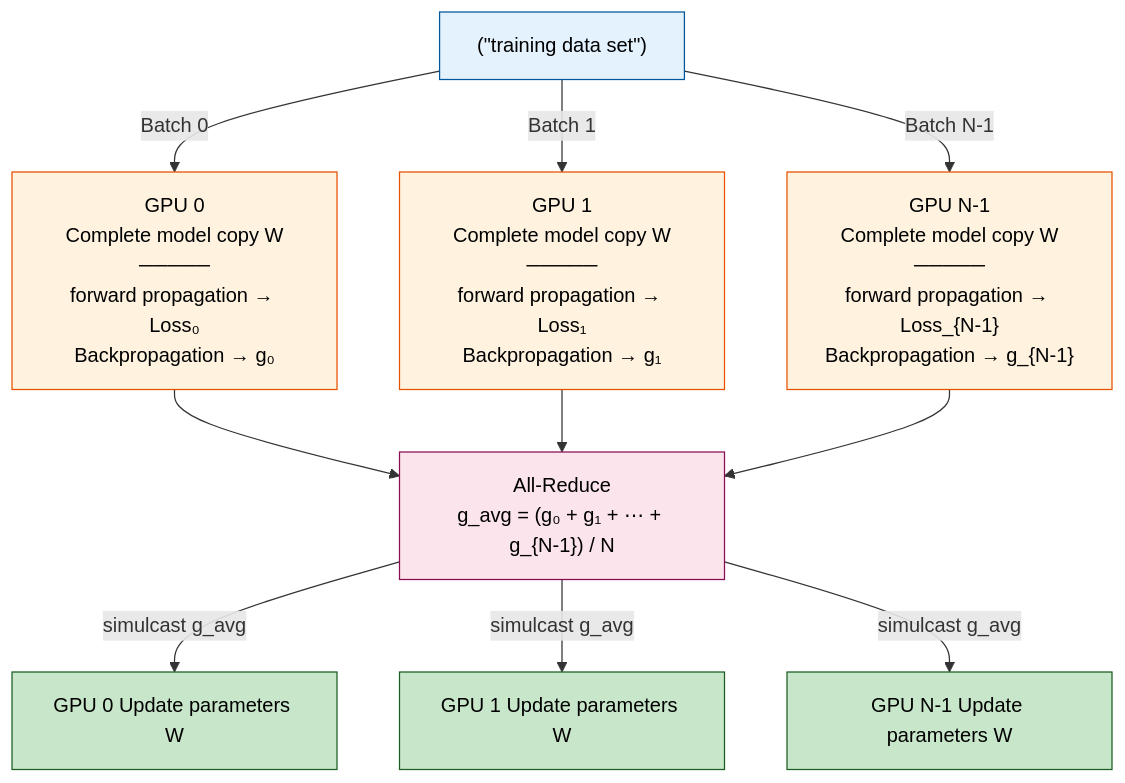
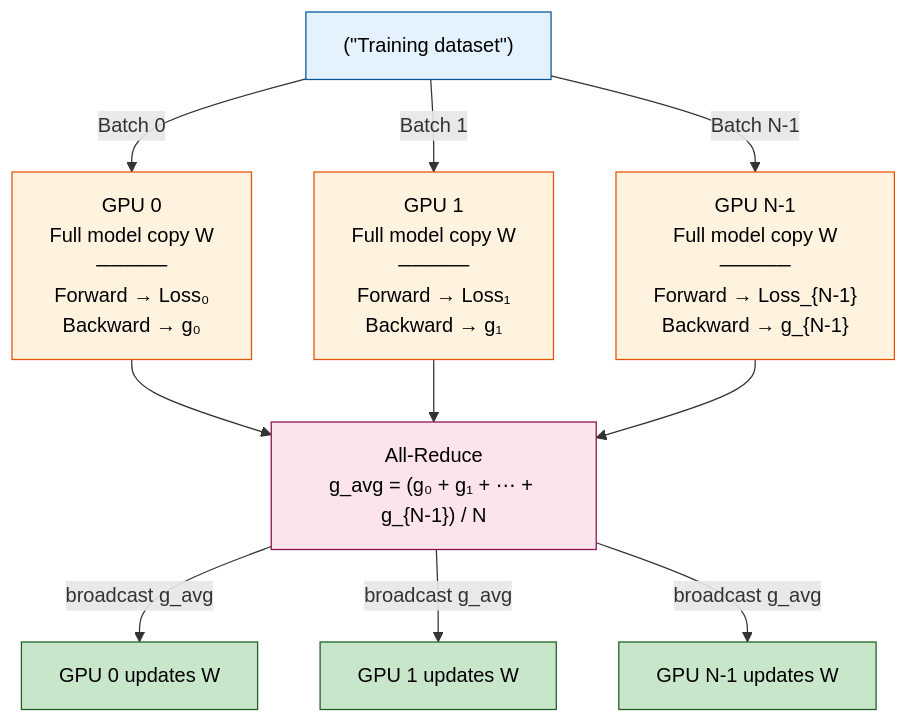
Before and after one commit to TingdeLiu/tingdeliu.github.io: the eighth of 29 diagrams in _translations/en/research/LLM-Training-Survey.md, drawn with Mermaid. The commit also changed other lines of this file and 2 other files, not shown here.

First line of the commit message:
docs(llm-survey): polish English edition and add evolution timeline

````diff
--- a/_translations/en/research/LLM-Training-Survey.md
+++ b/_translations/en/research/LLM-Training-Survey.md
@@ -2353,25 +2371,25 @@
 ```mermaid
 flowchart TD
-    DS["(&quot;training data set&quot;)"]
+    DS["(&quot;Training dataset&quot;)"]
 
-    DS -->|"Batch 0"| GPU0["GPU 0<br>Complete model copy W<br>─────<br>forward propagation → Loss₀<br>Backpropagation → g₀"]
-    DS -->|"Batch 1"| GPU1["GPU 1<br>Complete model copy W<br>─────<br>forward propagation → Loss₁<br>Backpropagation → g₁"]
-    DS -->|"Batch N-1"| GPUN["GPU N-1<br>Complete model copy W<br>─────<br>forward propagation → Loss_{N-1}<br>Backpropagation → g_{N-1}"]
+    DS -->|"Batch 0"| GPU0["GPU 0<br>Full model copy W<br>─────<br>Forward → Loss₀<br>Backward → g₀"]
+    DS -->|"Batch 1"| GPU1["GPU 1<br>Full model copy W<br>─────<br>Forward → Loss₁<br>Backward → g₁"]
+    DS -->|"Batch N-1"| GPUN["GPU N-1<br>Full model copy W<br>─────<br>Forward → Loss_{N-1}<br>Backward → g_{N-1}"]
 
     GPU0 --> AR["All-Reduce<br>g_avg = (g₀ + g₁ + ⋯ + g_{N-1}) / N"]
     GPU1 --> AR
     GPUN --> AR
 
-    AR -->|"simulcast g_avg"| U0["GPU 0 Update parameters W"]
-    AR -->|"simulcast g_avg"| U1["GPU 1 Update parameters W"]
-    AR -->|"simulcast g_avg"| UN["GPU N-1 Update parameters W"]
+    AR -->|"broadcast g_avg"| U0["GPU 0 updates W"]
+    AR -->|"broadcast g_avg"| U1["GPU 1 updates W"]
+    AR -->|"broadcast g_avg"| UN["GPU N-1 updates W"]
 
     style DS fill:#e3f2fd,stroke:#01579b,color:#000
     style GPU0 fill:#fff3e0,stroke:#e65100,color:#000
     style GPU1 fill:#fff3e0,stroke:#e65100,color:#000
     style GPUN fill:#fff3e0,stroke:#e65100,color:#000
     style AR fill:#fce4ec,stroke:#880e4f,color:#000
     style U0 fill:#c8e6c9,stroke:#1b5e20,color:#000
     style U1 fill:#c8e6c9,stroke:#1b5e20,color:#000
     style UN fill:#c8e6c9,stroke:#1b5e20,color:#000
 ```
````
